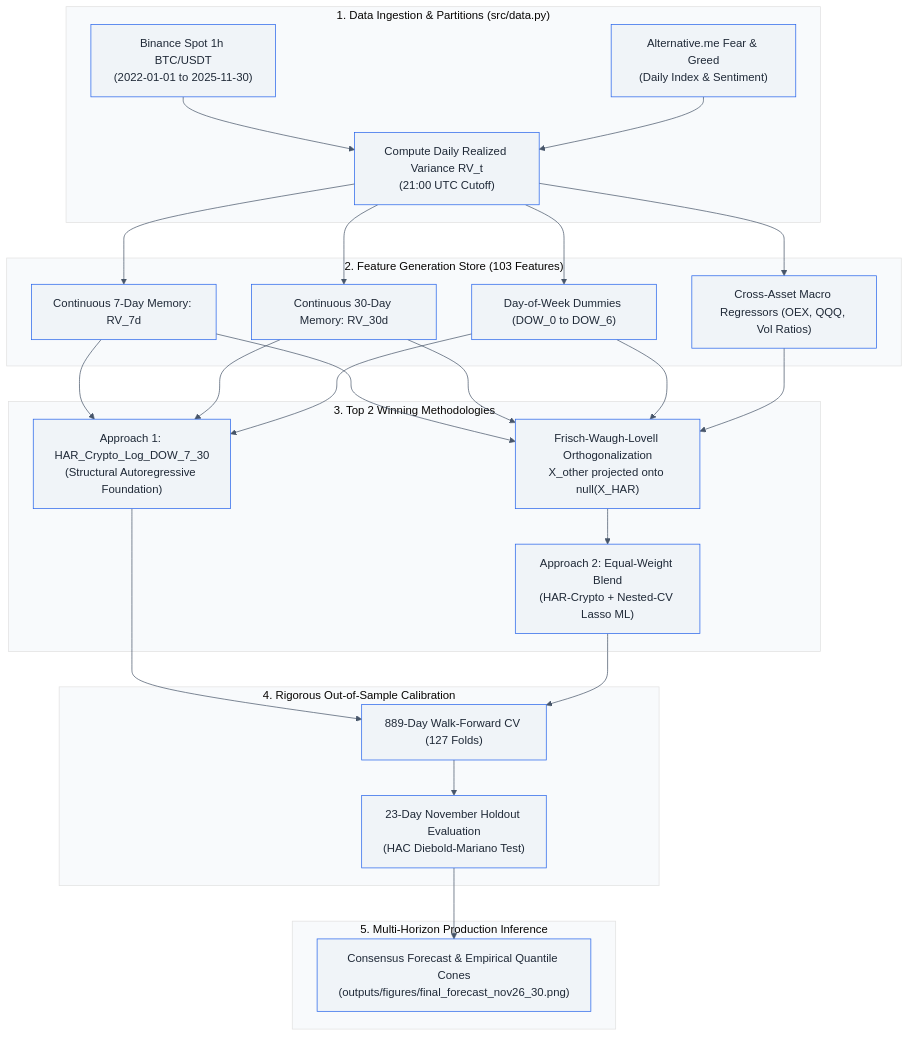
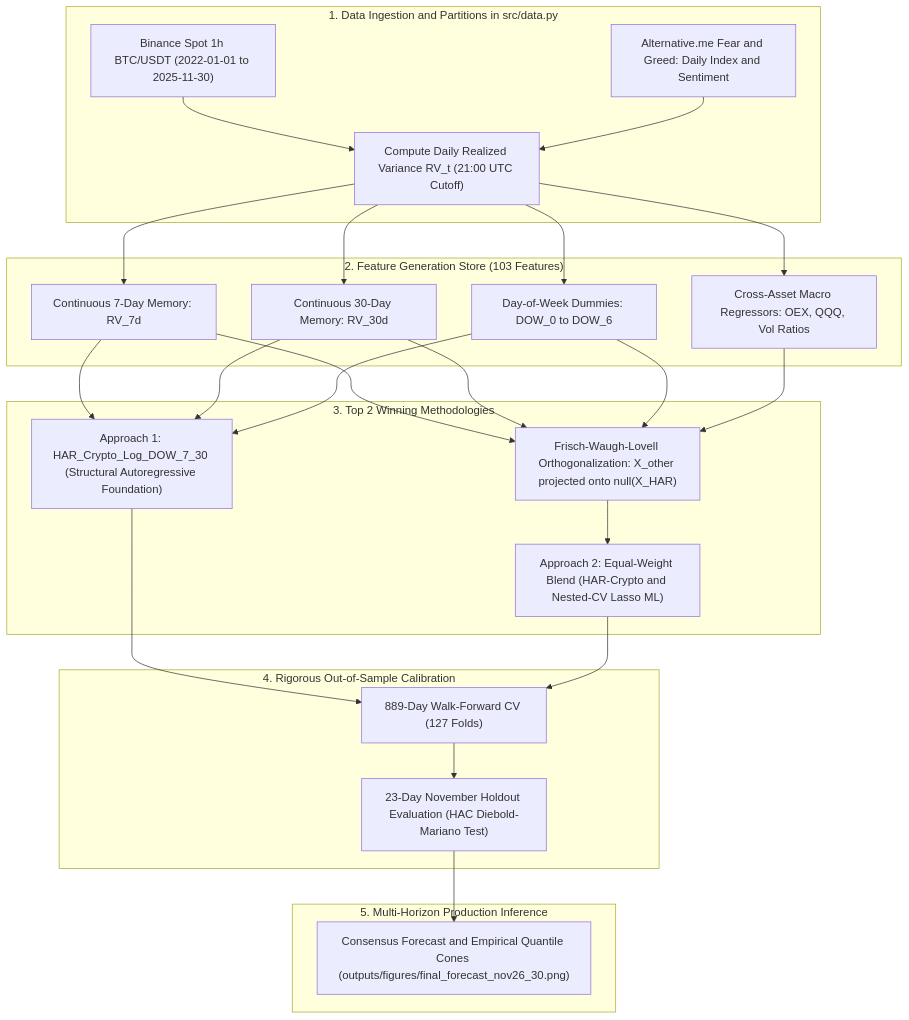
One commit to Dilipsahu01/hyperliquid_sentiment_analysis changed the diagram in docs/02_long_term_prediction.md. Above: the diagram before and after it, drawn with Mermaid. The commit also changed 4 other files, not shown here.

Commit message:
fix(docs): standardize Mermaid diagrams for universal GitHub rendering

````diff
--- a/docs/02_long_term_prediction.md
+++ b/docs/02_long_term_prediction.md
@@ -17,31 +17,48 @@
 ```mermaid
-%%{init: {'theme': 'base', 'themeVariables': { 'background': '#ffffff', 'primaryColor': '#f0f4f8', 'primaryTextColor': '#1f2937', 'primaryBorderColor': '#2563eb', 'lineColor': '#475569', 'secondaryColor': '#e2e8f0', 'tertiaryColor': '#f8fafc'}}}%%
 flowchart TD
-    subgraph Ingestion["1. Data Ingestion & Partitions (src/data.py)"]
-        A["Binance Spot 1h BTC/USDT<br/>(2022-01-01 to 2025-11-30)"] --> B["Compute Daily Realized Variance RV_t<br/>(21:00 UTC Cutoff)"]
-        FNG["Alternative.me Fear & Greed<br/>(Daily Index & Sentiment)"] --> B
+    subgraph Ingestion["1. Data Ingestion and Partitions in src/data.py"]
+        A["Binance Spot 1h BTC/USDT (2022-01-01 to 2025-11-30)"]
+        B["Compute Daily Realized Variance RV_t (21:00 UTC Cutoff)"]
+        FNG["Alternative.me Fear and Greed: Daily Index and Sentiment"]
+        A --> B
+        FNG --> B
     end
 
     subgraph FeatureStore["2. Feature Generation Store (103 Features)"]
-        B --> C1["Continuous 7-Day Memory: RV_7d"]
-        B --> C2["Continuous 30-Day Memory: RV_30d"]
-        B --> C3["Day-of-Week Dummies (DOW_0 to DOW_6)"]
-        B --> C4["Cross-Asset Macro Regressors (OEX, QQQ, Vol Ratios)"]
+        C1["Continuous 7-Day Memory: RV_7d"]
+        C2["Continuous 30-Day Memory: RV_30d"]
+        C3["Day-of-Week Dummies: DOW_0 to DOW_6"]
+        C4["Cross-Asset Macro Regressors: OEX, QQQ, Vol Ratios"]
+        B --> C1
+        B --> C2
+        B --> C3
+        B --> C4
     end
 
     subgraph Models["3. Top 2 Winning Methodologies"]
-        C1 & C2 & C3 --> App1["Approach 1: HAR_Crypto_Log_DOW_7_30<br/>(Structural Autoregressive Foundation)"]
-        C1 & C2 & C3 & C4 --> FWL["Frisch-Waugh-Lovell Orthogonalization<br/>X_other projected onto null(X_HAR)"]
-        FWL --> App2["Approach 2: Equal-Weight Blend<br/>(HAR-Crypto + Nested-CV Lasso ML)"]
+        App1["Approach 1: HAR_Crypto_Log_DOW_7_30 (Structural Autoregressive Foundation)"]
+        FWL["Frisch-Waugh-Lovell Orthogonalization: X_other projected onto null(X_HAR)"]
+        App2["Approach 2: Equal-Weight Blend (HAR-Crypto and Nested-CV Lasso ML)"]
+        C1 --> App1
+        C2 --> App1
+        C3 --> App1
+        C1 --> FWL
+        C2 --> FWL
+        C3 --> FWL
+        C4 --> FWL
+        FWL --> App2
     end
 
     subgraph Evaluation["4. Rigorous Out-of-Sample Calibration"]
-        App1 --> WF["889-Day Walk-Forward CV (127 Folds)"]
+        WF["889-Day Walk-Forward CV (127 Folds)"]
+        Holdout["23-Day November Holdout Evaluation (HAC Diebold-Mariano Test)"]
+        App1 --> WF
         App2 --> WF
-        WF --> Holdout["23-Day November Holdout Evaluation<br/>(HAC Diebold-Mariano Test)"]
+        WF --> Holdout
     end
 
     subgraph Inference["5. Multi-Horizon Production Inference"]
-        Holdout --> Ens["Consensus Forecast & Empirical Quantile Cones<br/>(outputs/figures/final_forecast_nov26_30.png)"]
+        Ens["Consensus Forecast and Empirical Quantile Cones (outputs/figures/final_forecast_nov26_30.png)"]
+        Holdout --> Ens
     end
 ```
````
